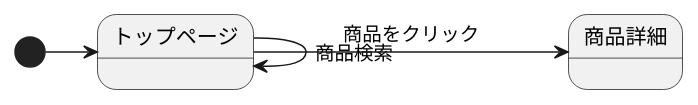
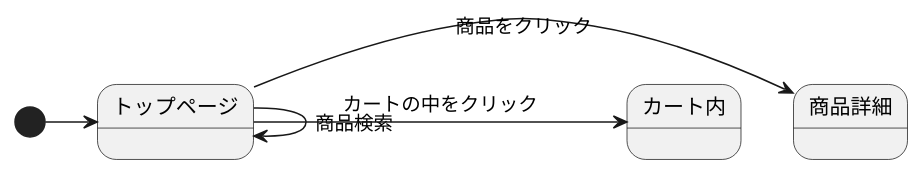
Before and after one commit to Aso2001195/2021sys-design: the diagram in kadai7.md, drawn with PlantUML.

````diff
--- a/kadai7.md
+++ b/kadai7.md
@@ -1,7 +1,8 @@
 ```uml
 @startuml
 [*] -> トップページ
 トップページ -> トップページ :商品検索
 トップページ -> 商品詳細 :商品をクリック
+トップページ -> カート内 :カートの中をクリック
 @enduml
 ```
````
